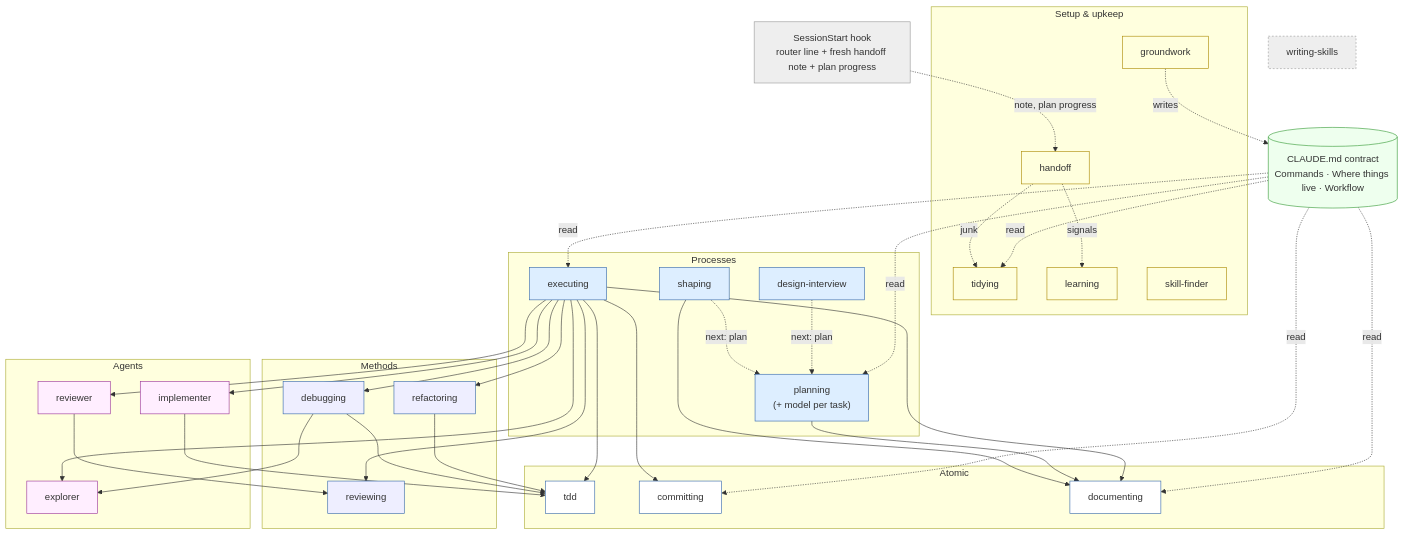
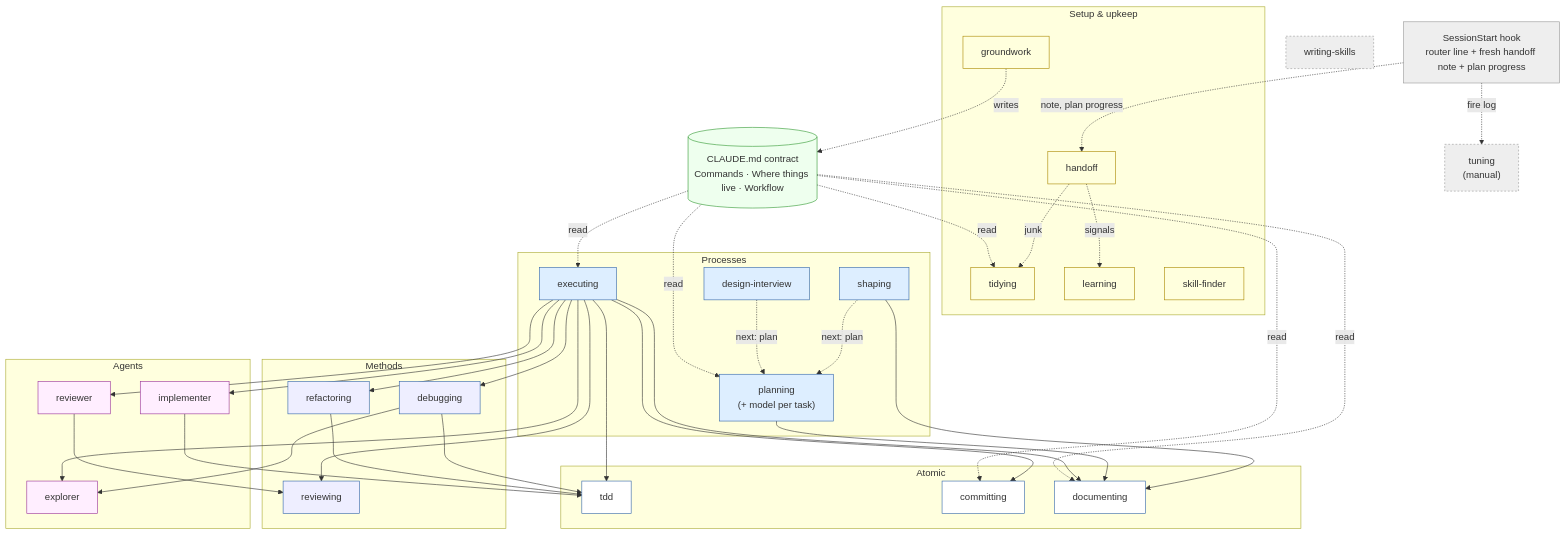
One commit to msFoma/foma-skills changed the diagram in README.md. Above: the diagram before and after it, drawn with Mermaid. The commit also changed other lines of this file and 8 other files, not shown here.

Commit message:
Add manual tuning skill that flags unused or failing skills from local evidence

````diff
--- a/README.md
+++ b/README.md
@@ -7,66 +7,68 @@
 ```mermaid
 flowchart TD
     hook["SessionStart hook<br/>router line + fresh handoff note + plan progress"]:::hook
     contract[("CLAUDE.md contract<br/>Commands · Where things live · Workflow")]:::contract
 
     subgraph SETUP["Setup & upkeep"]
       gw["groundwork"]:::root
       tidy["tidying"]:::root
       learn["learning"]:::root
       find["skill-finder"]:::root
       hand["handoff"]:::root
     end
     ws["writing-skills"]:::meta
+    tune["tuning<br/>(manual)"]:::meta
+    hook -. "fire log" .-> tune
 
     subgraph PROC["Processes"]
       shape["shaping"]:::orch
       design["design-interview"]:::orch
       plan["planning<br/>(+ model per task)"]:::orch
       exec["executing"]:::orch
     end
 
     subgraph METH["Methods"]
       dbg["debugging"]:::meth
       rev["reviewing"]:::meth
       ref["refactoring"]:::meth
     end
 
     subgraph ATOM["Atomic"]
       tdd["tdd"]:::atom
       com["committing"]:::atom
       doc["documenting"]:::atom
     end
 
     subgraph AG["Agents"]
       impl["implementer"]:::agent
       rvw["reviewer"]:::agent
       expl["explorer"]:::agent
     end
 
     hook -. "note, plan progress" .-> hand
     hand -. signals .-> learn
     hand -. junk .-> tidy
     gw -. writes .-> contract
     shape -. "next: plan" .-> plan
     design -. "next: plan" .-> plan
     shape --> doc
     plan --> doc
     exec --> dbg & rev & ref
     exec --> tdd & com & doc
     exec --> impl & rvw & expl
     dbg --> tdd & expl
     ref --> tdd
     impl --> tdd
     rvw --> rev
 
     contract -. read .-> plan & exec & doc & com & tidy
 
     classDef hook fill:#eee,stroke:#999
     classDef root fill:#ffd,stroke:#a80
     classDef contract fill:#efe,stroke:#393
     classDef orch fill:#def,stroke:#36a
     classDef meth fill:#eef,stroke:#36a
     classDef atom fill:#fff,stroke:#36a
     classDef agent fill:#fef,stroke:#939
     classDef meta fill:#eee,stroke:#999,stroke-dasharray:3
 ```
````
